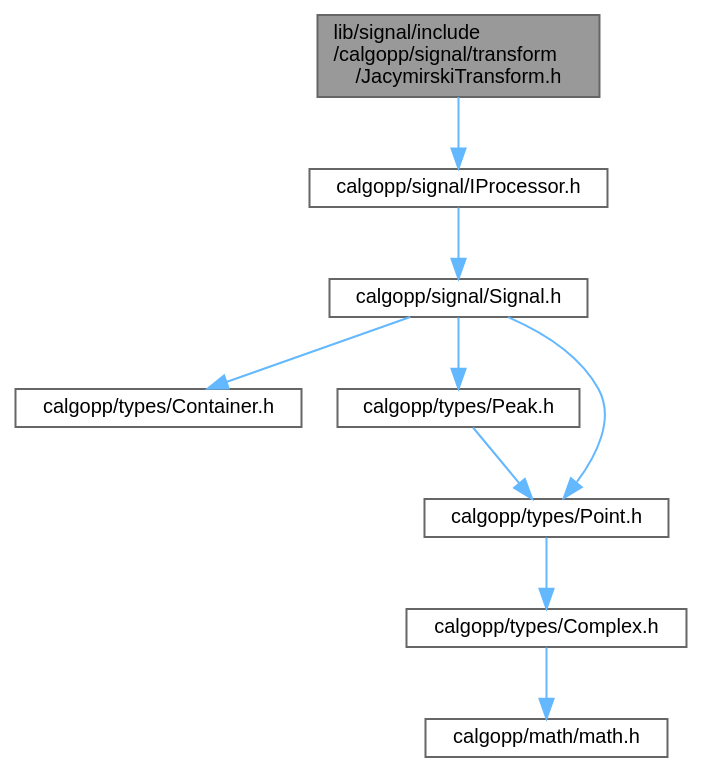
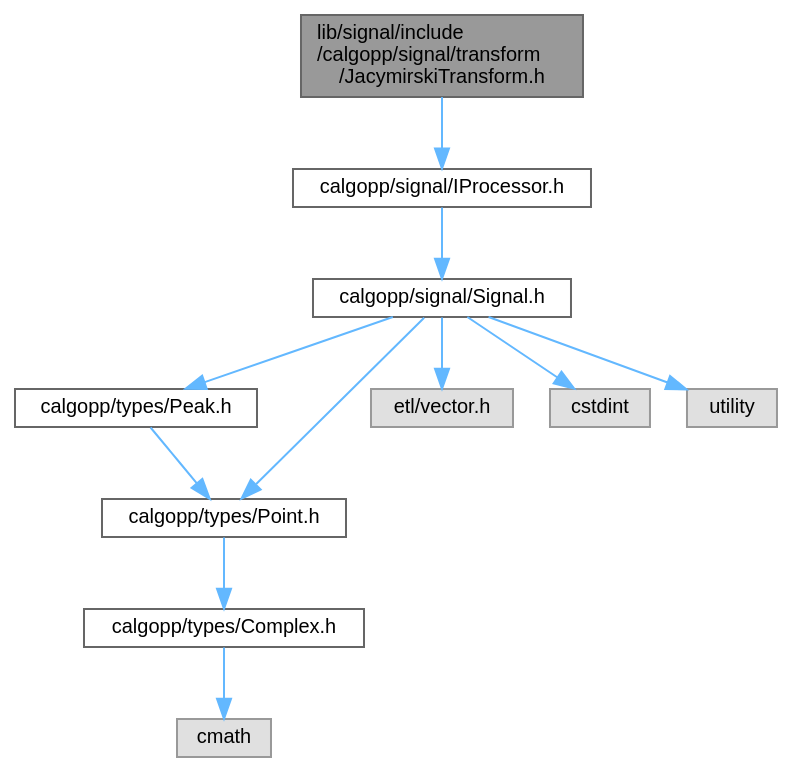
Before and after one commit to pawelekg95/algopp: the diagram in JacymirskiTransform_8h__incl.dot, drawn with Graphviz. The commit also changed 257 other files, not shown here.

```diff
--- a/JacymirskiTransform_8h__incl.dot
+++ b/JacymirskiTransform_8h__incl.dot
@@ -1,23 +1,27 @@
 digraph "lib/signal/include/calgopp/signal/transform/JacymirskiTransform.h"
 {
  // LATEX_PDF_SIZE
   bgcolor="transparent";
   edge [fontname=Helvetica,fontsize=10,labelfontname=Helvetica,labelfontsize=10];
   node [fontname=Helvetica,fontsize=10,shape=box,height=0.2,width=0.4];
   Node1 [label="lib/signal/include\l/calgopp/signal/transform\l/JacymirskiTransform.h",height=0.2,width=0.4,color="gray40", fillcolor="grey60", style="filled", fontcolor="black",tooltip=" "];
   Node1 -> Node2 [color="steelblue1",style="solid"];
   Node2 [label="calgopp/signal/IProcessor.h",height=0.2,width=0.4,color="grey40", fillcolor="white", style="filled",URL="$IProcessor_8h.html",tooltip=" "];
   Node2 -> Node3 [color="steelblue1",style="solid"];
   Node3 [label="calgopp/signal/Signal.h",height=0.2,width=0.4,color="grey40", fillcolor="white", style="filled",URL="$Signal_8h.html",tooltip=" "];
   Node3 -> Node4 [color="steelblue1",style="solid"];
-  Node4 [label="calgopp/types/Container.h",height=0.2,width=0.4,color="grey40", fillcolor="white", style="filled",URL="$Container_8h.html",tooltip=" "];
+  Node4 [label="calgopp/types/Peak.h",height=0.2,width=0.4,color="grey40", fillcolor="white", style="filled",URL="$Peak_8h.html",tooltip=" "];
+  Node4 -> Node5 [color="steelblue1",style="solid"];
+  Node5 [label="calgopp/types/Point.h",height=0.2,width=0.4,color="grey40", fillcolor="white", style="filled",URL="$Point_8h.html",tooltip=" "];
+  Node5 -> Node6 [color="steelblue1",style="solid"];
+  Node6 [label="calgopp/types/Complex.h",height=0.2,width=0.4,color="grey40", fillcolor="white", style="filled",URL="$Complex_8h.html",tooltip=" "];
+  Node6 -> Node7 [color="steelblue1",style="solid"];
+  Node7 [label="cmath",height=0.2,width=0.4,color="grey60", fillcolor="#E0E0E0", style="filled",tooltip=" "];
   Node3 -> Node5 [color="steelblue1",style="solid"];
-  Node5 [label="calgopp/types/Peak.h",height=0.2,width=0.4,color="grey40", fillcolor="white", style="filled",URL="$Peak_8h.html",tooltip=" "];
-  Node5 -> Node6 [color="steelblue1",style="solid"];
-  Node6 [label="calgopp/types/Point.h",height=0.2,width=0.4,color="grey40", fillcolor="white", style="filled",URL="$Point_8h.html",tooltip=" "];
-  Node6 -> Node7 [color="steelblue1",style="solid"];
-  Node7 [label="calgopp/types/Complex.h",height=0.2,width=0.4,color="grey40", fillcolor="white", style="filled",URL="$Complex_8h.html",tooltip=" "];
-  Node7 -> Node8 [color="steelblue1",style="solid"];
-  Node8 [label="calgopp/math/math.h",height=0.2,width=0.4,color="grey40", fillcolor="white", style="filled",URL="$math_8h.html",tooltip=" "];
-  Node3 -> Node6 [color="steelblue1",style="solid"];
+  Node3 -> Node8 [color="steelblue1",style="solid"];
+  Node8 [label="etl/vector.h",height=0.2,width=0.4,color="grey60", fillcolor="#E0E0E0", style="filled",tooltip=" "];
+  Node3 -> Node9 [color="steelblue1",style="solid"];
+  Node9 [label="cstdint",height=0.2,width=0.4,color="grey60", fillcolor="#E0E0E0", style="filled",tooltip=" "];
+  Node3 -> Node10 [color="steelblue1",style="solid"];
+  Node10 [label="utility",height=0.2,width=0.4,color="grey60", fillcolor="#E0E0E0", style="filled",tooltip=" "];
 }
```
